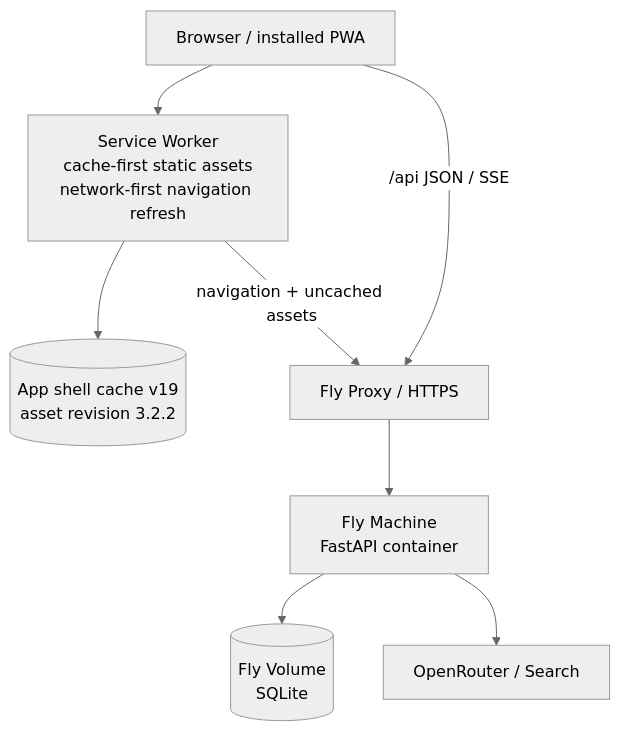
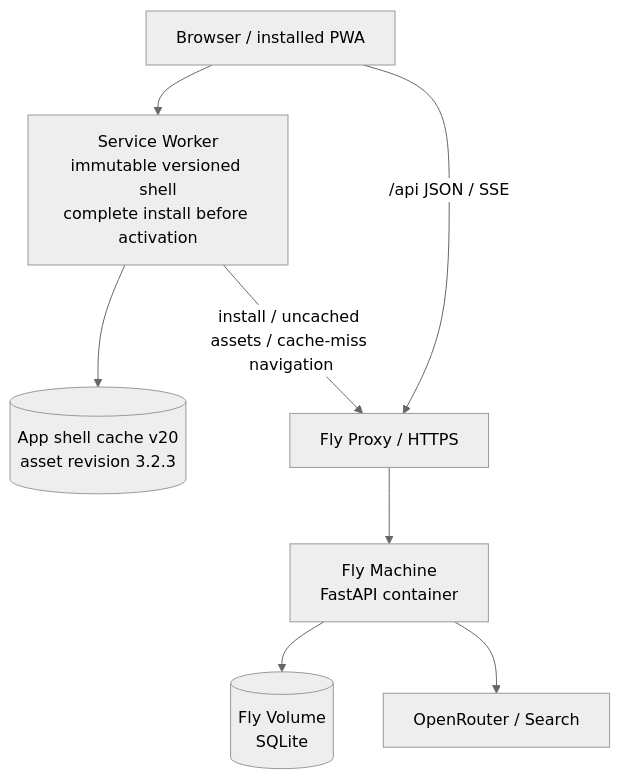
Before and after one commit to Teng91/running-shoes: the sixth of 7 diagrams in docs/architecture.md, drawn with Mermaid (neutral theme). The commit also changed other lines of this file and 19 other files, not shown here.

````diff
--- a/docs/architecture.md
+++ b/docs/architecture.md
@@ -241,18 +241,18 @@
 ```mermaid
 flowchart TB
     Browser[Browser / installed PWA]
-    SW[Service Worker<br/>cache-first static assets<br/>network-first navigation refresh]
-    Shell[(App shell cache v19<br/>asset revision 3.2.2)]
+    SW[Service Worker<br/>immutable versioned shell<br/>complete install before activation]
+    Shell[(App shell cache v20<br/>asset revision 3.2.3)]
     FlyProxy[Fly Proxy / HTTPS]
     Machine[Fly Machine<br/>FastAPI container]
     Volume[(Fly Volume<br/>SQLite)]
     External[OpenRouter / Search]
 
     Browser --> SW
     SW --> Shell
-    SW -->|navigation + uncached assets| FlyProxy
+    SW -->|install / uncached assets / cache-miss navigation| FlyProxy
     Browser -->|/api JSON / SSE| FlyProxy
     FlyProxy --> Machine
     Machine --> Volume
     Machine --> External
 ```
````
